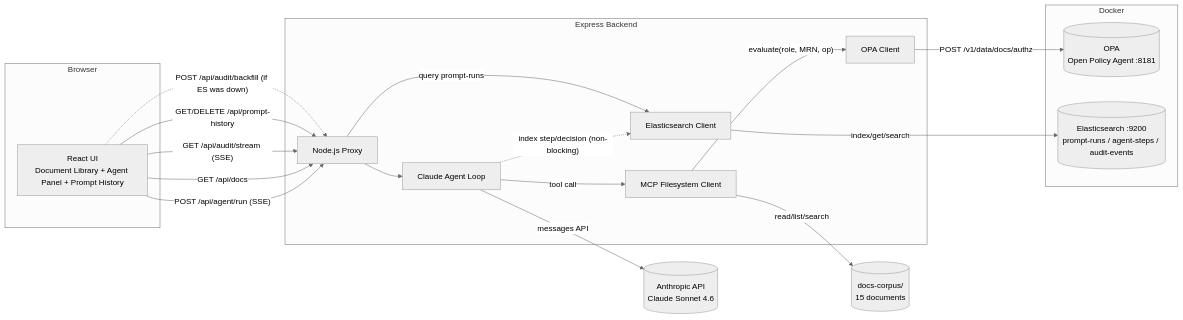
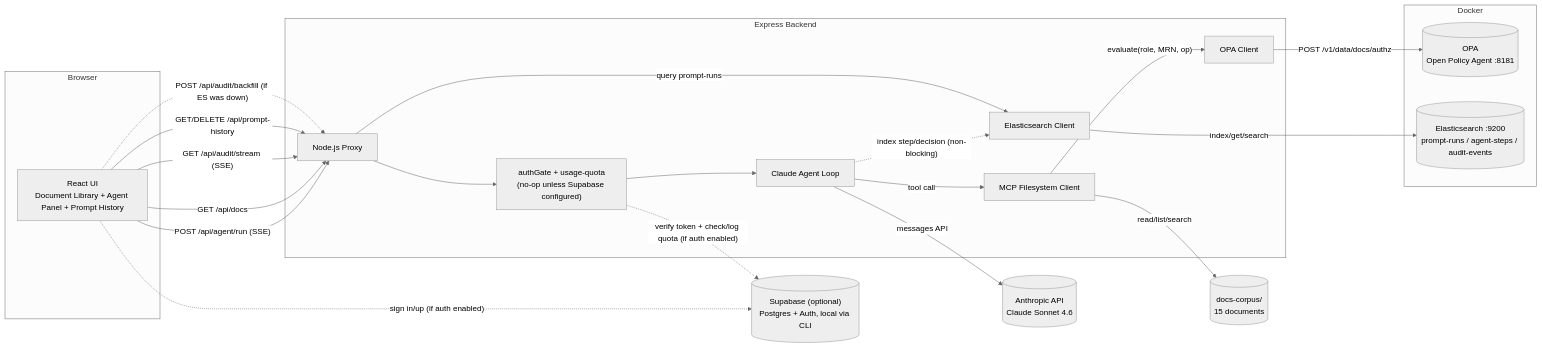
The diagram in README.md (atulmi/manetu-document-hub), drawn with Mermaid (neutral theme) before and after one commit. The commit also changed other lines of this file and 9 other files, not shown here.

````diff
--- a/README.md
+++ b/README.md
@@ -31,34 +31,39 @@
 ```mermaid
 graph LR
   subgraph Browser
     UI["React UI<br/>Document Library + Agent Panel + Prompt History"]
   end
   subgraph "Express Backend"
     API[Node.js Proxy]
     CLAUDE[Claude Agent Loop]
     OPA_CLIENT[OPA Client]
     FS_CLIENT[MCP Filesystem Client]
     ES_CLIENT[Elasticsearch Client]
+    AUTH_GATE["authGate + usage-quota<br/>(no-op unless Supabase configured)"]
   end
   subgraph Docker
     OPA[("OPA<br/>Open Policy Agent :8181")]
     ES[("Elasticsearch :9200<br/>prompt-runs / agent-steps / audit-events")]
   end
+  SUPABASE[("Supabase (optional)<br/>Postgres + Auth, local via CLI")]
   DOCS[("docs-corpus/<br/>15 documents")]
   ANTHROPIC[("Anthropic API<br/>Claude Sonnet 4.6")]
 
   UI -->|"POST /api/agent/run (SSE)"| API
   UI -->|"GET /api/docs"| API
   UI -->|"GET /api/audit/stream (SSE)"| API
   UI -->|"GET/DELETE /api/prompt-history"| API
   UI -.->|"POST /api/audit/backfill (if ES was down)"| API
-  API --> CLAUDE
+  UI -.->|"sign in/up (if auth enabled)"| SUPABASE
+  API --> AUTH_GATE
+  AUTH_GATE -.->|"verify token + check/log quota (if auth enabled)"| SUPABASE
+  AUTH_GATE --> CLAUDE
   CLAUDE -->|"tool call"| FS_CLIENT
   FS_CLIENT -->|"evaluate(role, MRN, op)"| OPA_CLIENT
   OPA_CLIENT -->|"POST /v1/data/docs/authz"| OPA
   FS_CLIENT -->|"read/list/search"| DOCS
   CLAUDE -->|"messages API"| ANTHROPIC
   CLAUDE -.->|"index step/decision (non-blocking)"| ES_CLIENT
   API -->|"query prompt-runs"| ES_CLIENT
   ES_CLIENT -->|"index/get/search"| ES
 ```
````
